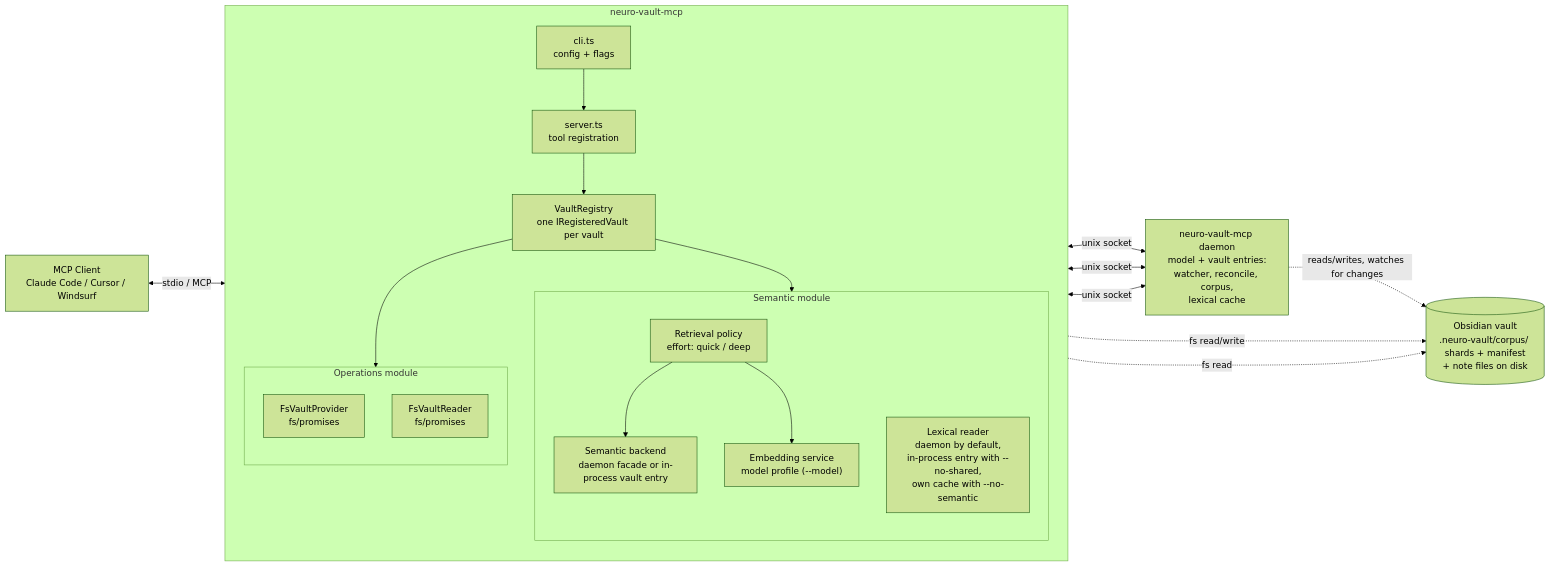
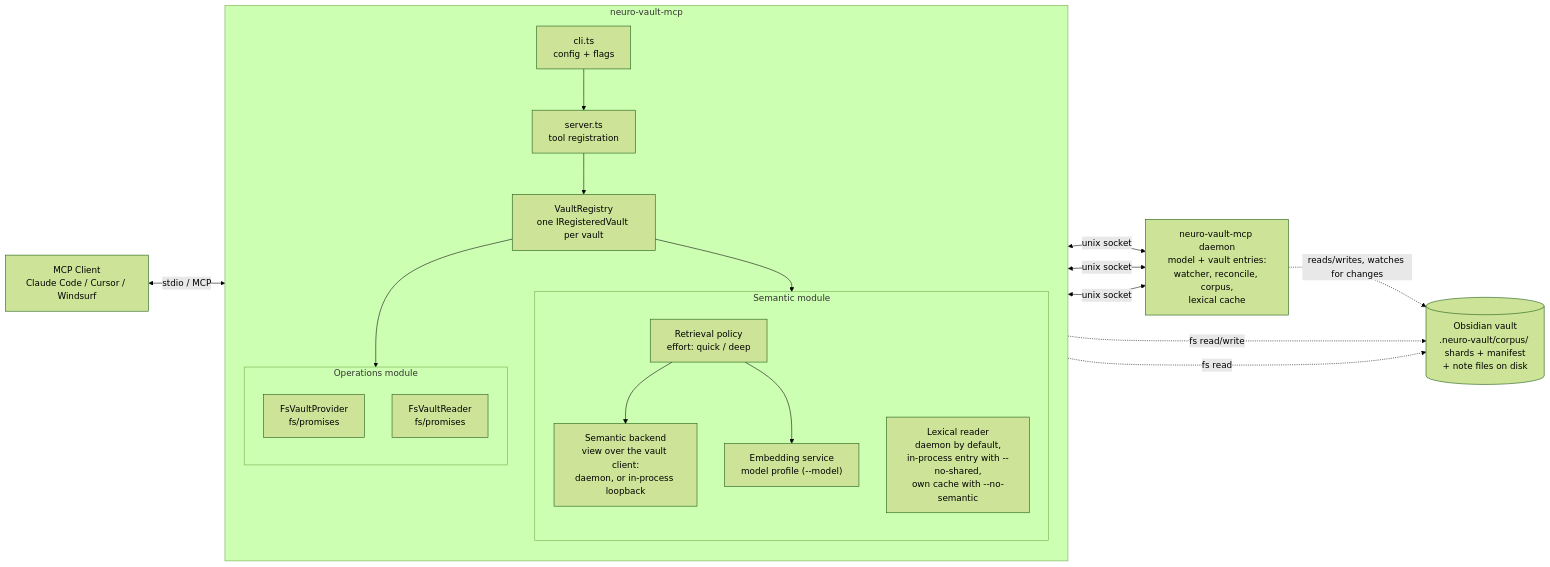
Before and after one commit to AlexMost/neuro-vault: the diagram in docs/architecture/module-structure.md, drawn with Mermaid (forest theme). The commit also changed other lines of this file and 45 other files, not shown here.

First line of the commit message:
refactor: one vault client per vault root; the semantic backend becomes a view (vault-client 1/2) (#200)

````diff
--- a/docs/architecture/module-structure.md
+++ b/docs/architecture/module-structure.md
@@ -53,37 +53,37 @@
 ```mermaid
 flowchart LR
     Client[MCP Client<br/>Claude Code / Cursor / Windsurf]
     subgraph Server[neuro-vault-mcp]
         direction TB
         CLI[cli.ts<br/>config + flags]
         Core[server.ts<br/>tool registration]
         Registry[VaultRegistry<br/>one IRegisteredVault per vault]
         subgraph Semantic[Semantic module]
             direction TB
-            Backend[Semantic backend<br/>daemon facade or in-process vault entry]
+            Backend[Semantic backend<br/>view over the vault client:<br/>daemon, or in-process loopback]
             Retrieval[Retrieval policy<br/>effort: quick / deep]
             Embed["Embedding service<br/>model profile (--model)"]
             Lexical["Lexical reader<br/>daemon by default,<br/>in-process entry with --no-shared,<br/>own cache with --no-semantic"]
         end
         subgraph Operations[Operations module]
             direction TB
             Provider[FsVaultProvider<br/>fs/promises]
             Reader[FsVaultReader<br/>fs/promises]
         end
         CLI --> Core
         Core --> Registry
         Registry --> Semantic
         Registry --> Operations
         Retrieval --> Embed
         Retrieval --> Backend
     end
     Daemon[neuro-vault-mcp daemon<br/>model + vault entries:<br/>watcher, reconcile, corpus,<br/>lexical cache]
     Vault[(Obsidian vault<br/>.neuro-vault/corpus/ shards + manifest<br/>+ note files on disk)]
     Client <-->|stdio / MCP| Core
     Backend <-->|unix socket| Daemon
     Embed <-->|unix socket| Daemon
     Daemon -. reads/writes, watches for changes .-> Vault
     Lexical <-->|unix socket| Daemon
     Provider -. fs read/write .-> Vault
     Reader -. fs read .-> Vault
 ```
````
